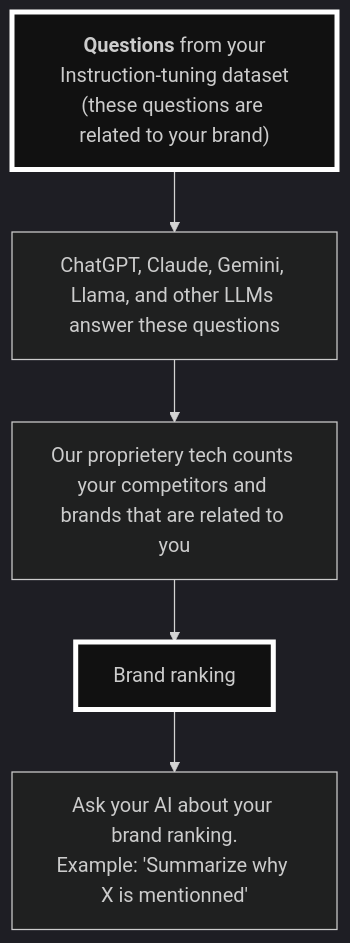
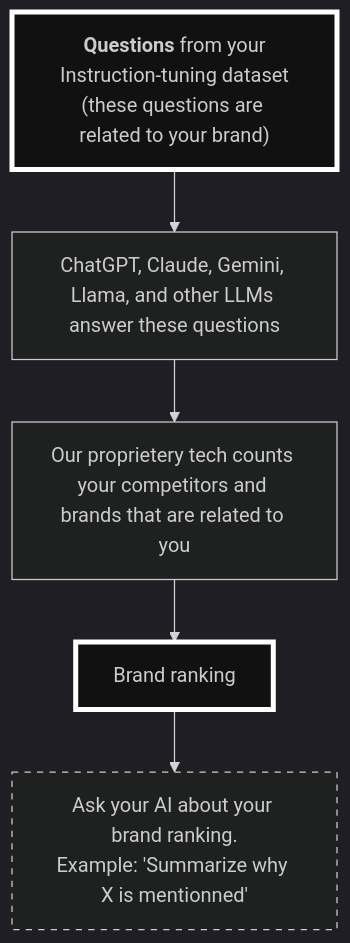
One commit to kirilligum/prls.co changed the diagram in diagrams/measure_it.mmd. Above: the diagram before and after it, drawn with Mermaid.

Commit message:
style: Update competition_rag node to have a dotted line style

```diff
--- a/diagrams/measure_it.mmd
+++ b/diagrams/measure_it.mmd
@@ -1,16 +1,17 @@
 %%{init: {'theme':'dark', 'themeVariables': {'background': '#212121'}}}%%
 graph TD
 
 questions["<b>Questions</b> from your<br/>Instruction-tuning dataset<br/>(these questions are related to your brand)"]
 llm_answers["ChatGPT, Claude, Gemini, Llama, and other LLMs answer these questions"]
 count_brand_mentions["Our proprietery tech counts your competitors and brands that are related to you"]
 brand_ranking["Brand ranking"]
 competition_rag["Ask your AI about your brand ranking.<br/>Example: 'Summarize why X is mentionned'"]
 
 questions --> llm_answers
 llm_answers --> count_brand_mentions
 count_brand_mentions --> brand_ranking
 brand_ranking --> competition_rag
 
 style questions stroke:#ffffff,stroke-width:4px,fill:#111111
 style brand_ranking stroke:#ffffff,stroke-width:4px,fill:#111111
+style competition_rag stroke-dasharray: 5, 5
```
